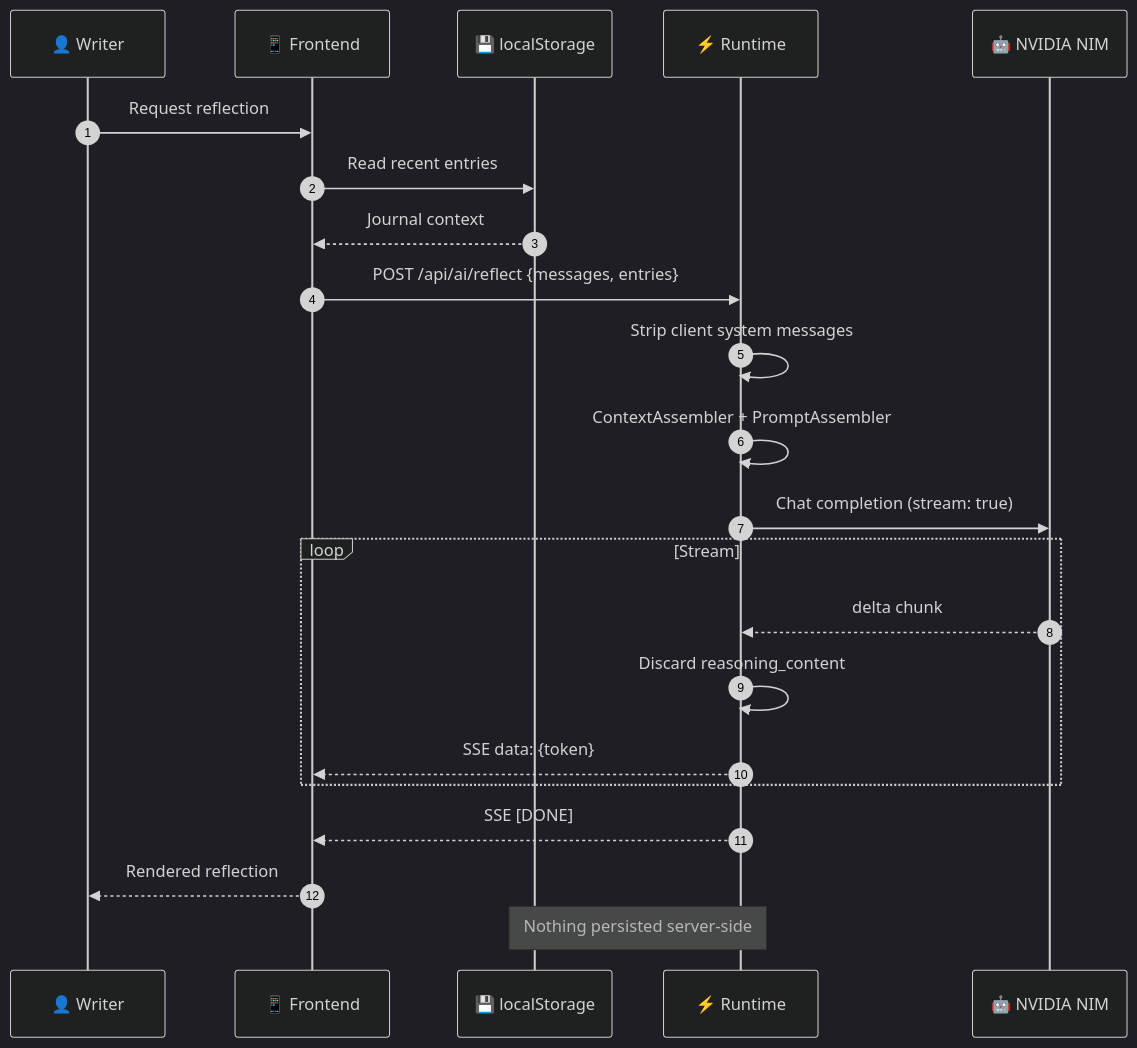
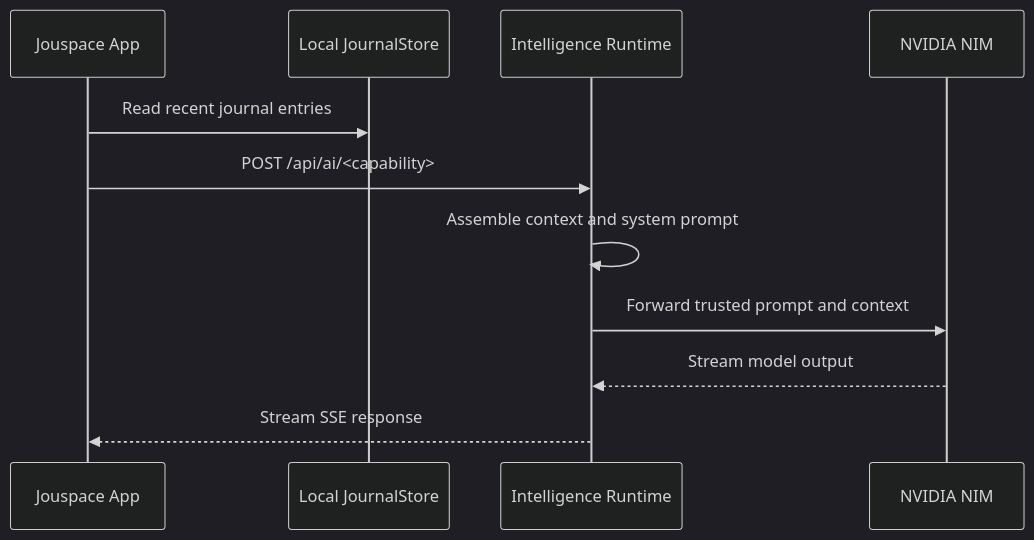
One commit to datascyther/Jouspace changed the second of 2 diagrams in README.md. Above: the diagram before and after it, drawn with Mermaid (dark theme). The commit also changed other lines of this file, not shown here.

````diff
--- a/README.md
+++ b/README.md
@@ -241,25 +306,14 @@
 ```mermaid
 sequenceDiagram
-    autonumber
-    participant U as 👤 Writer
-    participant F as 📱 Frontend
-    participant L as 💾 localStorage
-    participant R as ⚡ Runtime
-    participant N as 🤖 NVIDIA NIM
+    participant App as Jouspace App
+    participant Store as Local JournalStore
+    participant Runtime as Intelligence Runtime
+    participant NIM as NVIDIA NIM
 
-    U->>F: Request reflection
-    F->>L: Read recent entries
-    L-->>F: Journal context
-    F->>R: POST /api/ai/reflect {messages, entries}
-    R->>R: Strip client system messages
-    R->>R: ContextAssembler + PromptAssembler
-    R->>N: Chat completion (stream: true)
-    loop Stream
-        N-->>R: delta chunk
-        R->>R: Discard reasoning_content
-        R-->>F: SSE data: {token}
-    end
-    R-->>F: SSE [DONE]
-    F-->>U: Rendered reflection
-    Note over L,R: Nothing persisted server-side
+    App->>Store: Read recent journal entries
+    App->>Runtime: POST /api/ai/<capability>
+    Runtime->>Runtime: Assemble context and system prompt
+    Runtime->>NIM: Forward trusted prompt and context
+    NIM-->>Runtime: Stream model output
+    Runtime-->>App: Stream SSE response
 ```
````
